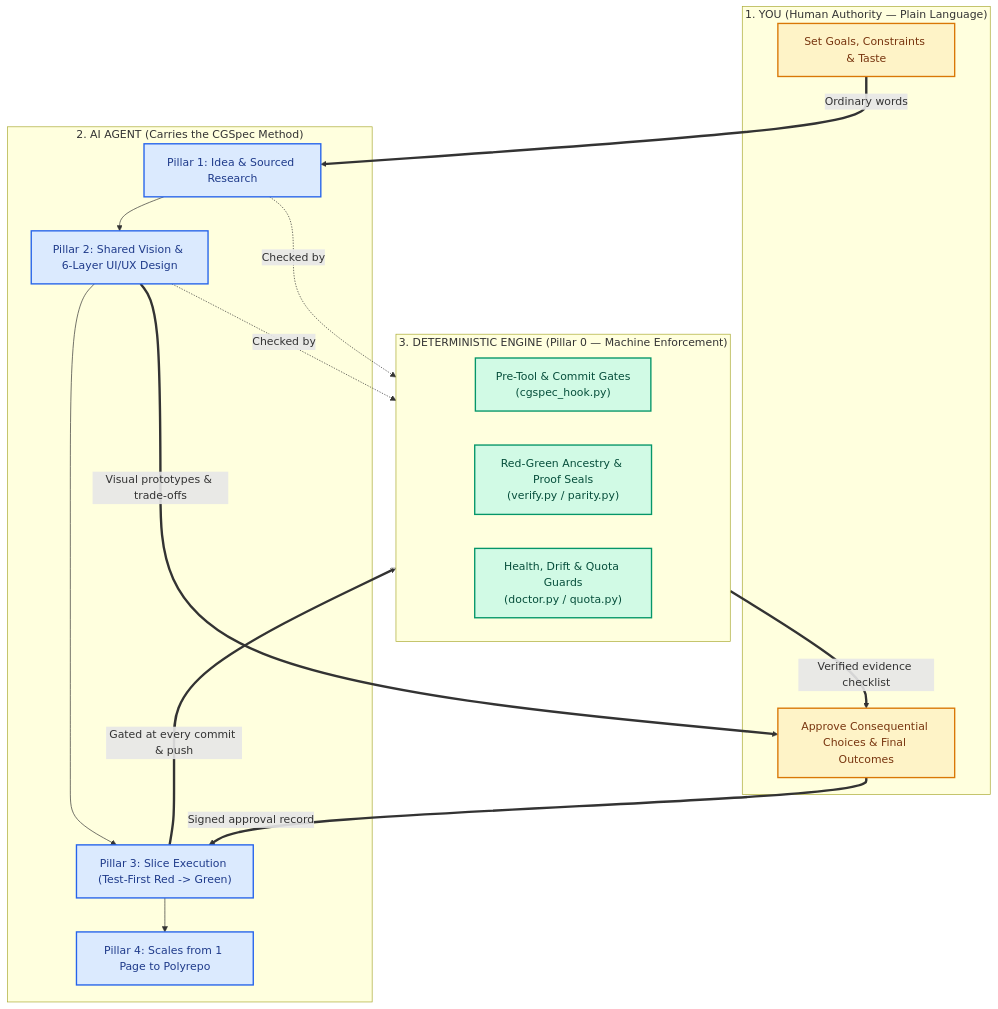
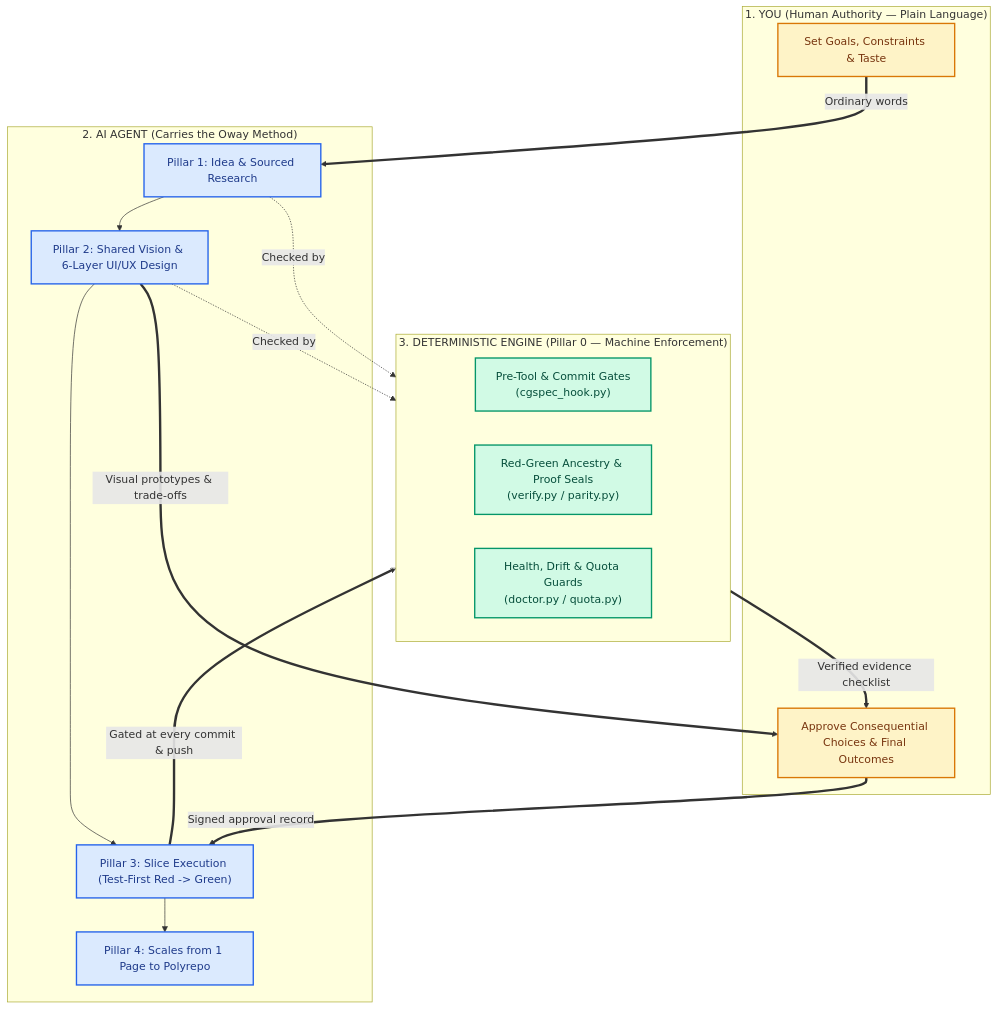
Before and after one commit to mrojefe/Oway: the first of 3 diagrams in README.md, drawn with Mermaid. The commit also changed other lines of this file and 89 other files, not shown here.

````diff
--- a/README.md
+++ b/README.md
@@ -28,36 +28,36 @@
 ```mermaid
 flowchart TB
     subgraph HUMAN["1. YOU (Human Authority — Plain Language)"]
         H1["Set Goals, Constraints & Taste"]
         H2["Approve Consequential Choices & Final Outcomes"]
     end
 
-    subgraph AGENT["2. AI AGENT (Carries the CGSpec Method)"]
+    subgraph AGENT["2. AI AGENT (Carries the Oway Method)"]
         P1["Pillar 1: Idea & Sourced Research"]
         P2["Pillar 2: Shared Vision & 6-Layer UI/UX Design"]
         P3["Pillar 3: Slice Execution (Test-First Red -> Green)"]
         P4["Pillar 4: Scales from 1 Page to Polyrepo"]
         P1 --> P2 --> P3 --> P4
     end
 
     subgraph ENGINE["3. DETERMINISTIC ENGINE (Pillar 0 — Machine Enforcement)"]
         G1["Pre-Tool & Commit Gates<br/>(cgspec_hook.py)"]
         G2["Red-Green Ancestry & Proof Seals<br/>(verify.py / parity.py)"]
         G3["Health, Drift & Quota Guards<br/>(doctor.py / quota.py)"]
     end
 
     H1 ==>|"Ordinary words"| P1
     P2 ==>|"Visual prototypes & trade-offs"| H2
     H2 ==>|"Signed approval record"| P3
     P1 -.->|"Checked by"| ENGINE
     P2 -.->|"Checked by"| ENGINE
     P3 ==>|"Gated at every commit & push"| ENGINE
     ENGINE ==>|"Verified evidence checklist"| H2
 
     classDef humanBox fill:#fef3c7,stroke:#d97706,stroke-width:2px,color:#78350f
     classDef agentBox fill:#dbeafe,stroke:#2563eb,stroke-width:2px,color:#1e3a8a
     classDef engineBox fill:#d1fae5,stroke:#059669,stroke-width:2px,color:#064e3b
     class H1,H2 humanBox
     class P1,P2,P3,P4 agentBox
     class G1,G2,G3 engineBox
 ```
````
